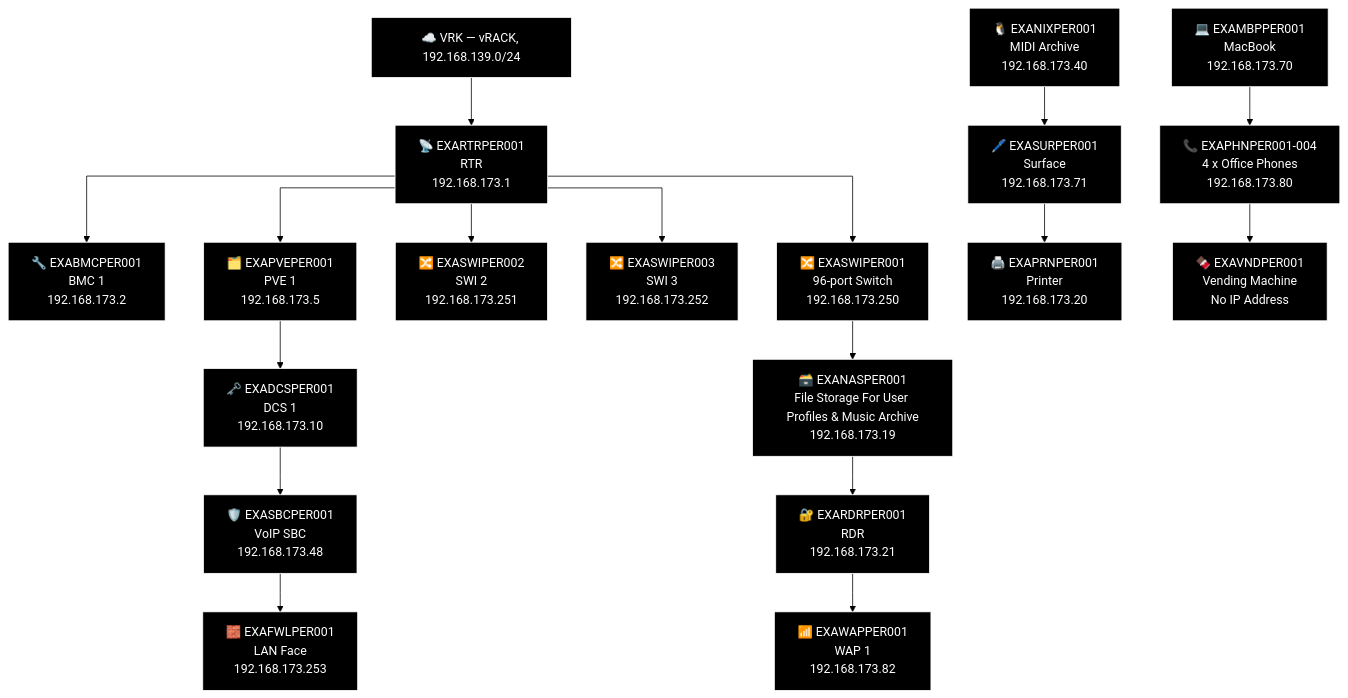
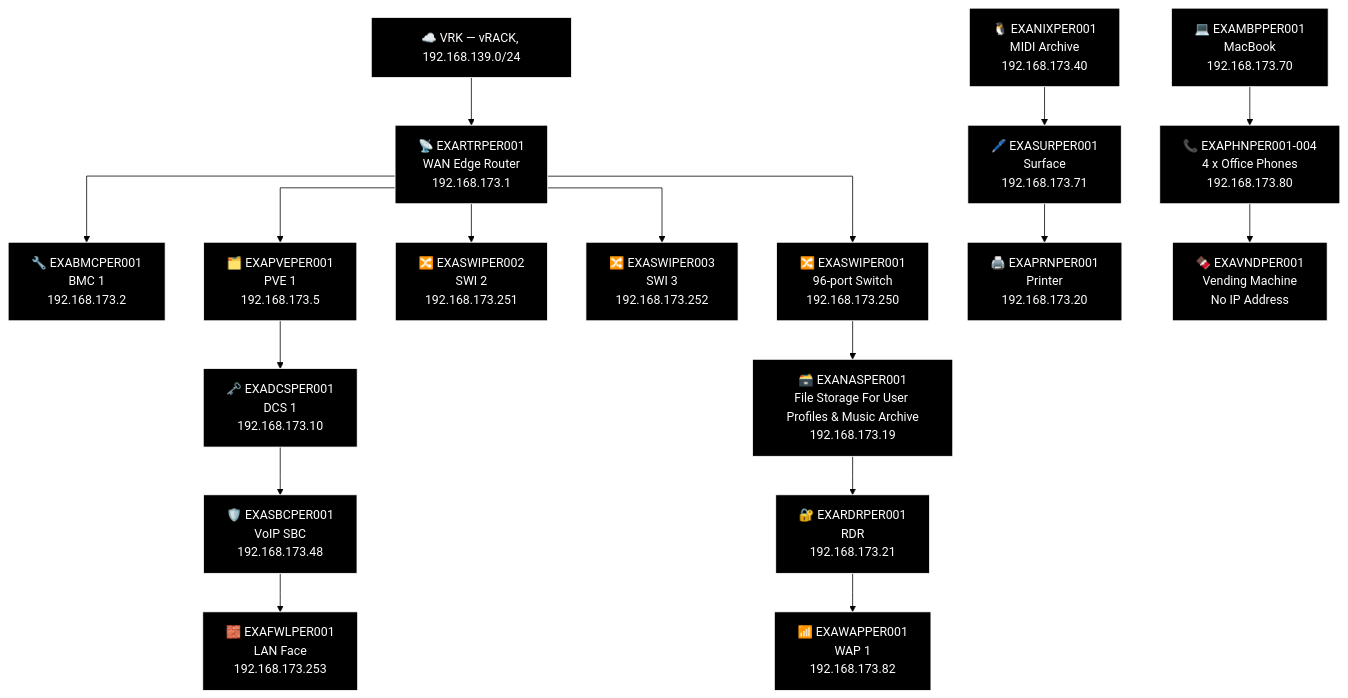
Before and after one commit to knightmare2600/example_music_infra: diagram 18 of 21 in docs/network-diagram/scotland.md, drawn with Mermaid (forest theme). The commit also changed other lines of this file and 17 other files, not shown here.

````diff
--- a/docs/network-diagram/scotland.md
+++ b/docs/network-diagram/scotland.md
@@ -1014,54 +1014,54 @@
 ```mermaid
 %% GENERATED:TOPOLOGY:PER:START
 %%{init: {'flowchart': {'curve': 'stepAfter'}}}%%
 graph TD
     T_VRK["☁️ VRK — vRACK, 192.168.139.0/24"]
-    T_RTR["📡 EXARTRPER001<br/>RTR<br/>192.168.173.1"]
+    T_RTR["📡 EXARTRPER001<br/>WAN Edge Router<br/>192.168.173.1"]
     T_VRK --> T_RTR
     T_BMC["🔧 EXABMCPER001<br/>BMC 1<br/>192.168.173.2"]
     T_RTR --> T_BMC
     T_PVE["🗂️ EXAPVEPER001<br/>PVE 1<br/>192.168.173.5"]
     T_RTR --> T_PVE
     T_SWI["🔀 EXASWIPER002<br/>SWI 2<br/>192.168.173.251"]
     T_RTR --> T_SWI
     T_SWI2["🔀 EXASWIPER003<br/>SWI 3<br/>192.168.173.252"]
     T_RTR --> T_SWI2
     T_SWI3["🔀 EXASWIPER001<br/>96-port Switch<br/>192.168.173.250"]
     T_RTR --> T_SWI3
     T_NAS["🗃️ EXANASPER001<br/>File Storage For User Profiles & Music Archive<br/>192.168.173.19"]
     T_RDR["🔐 EXARDRPER001<br/>RDR<br/>192.168.173.21"]
     T_WAP["📶 EXAWAPPER001<br/>WAP 1<br/>192.168.173.82"]
     T_SWI3 --> T_NAS --> T_RDR --> T_WAP
     T_DCS["🗝️ EXADCSPER001<br/>DCS 1<br/>192.168.173.10"]
     T_SBC["🛡️ EXASBCPER001<br/>VoIP SBC<br/>192.168.173.48"]
     T_FWL["🧱 EXAFWLPER001<br/>LAN Face<br/>192.168.173.253"]
     T_PVE --> T_DCS --> T_SBC --> T_FWL
     T_NIX["🐧 EXANIXPER001<br/>MIDI Archive<br/>192.168.173.40"]
     T_MBP["💻 EXAMBPPER001<br/>MacBook<br/>192.168.173.70"]
     T_SUR["🖊️ EXASURPER001<br/>Surface<br/>192.168.173.71"]
     T_OTH_PHN["📞 EXAPHNPER001-004<br/>4 x Office Phones<br/>192.168.173.80"]
     T_PRN["🖨️ EXAPRNPER001<br/>Printer<br/>192.168.173.20"]
     T_VND["🍫 EXAVNDPER001<br/>Vending Machine<br/>No IP Address"]
     T_NIX --> T_SUR --> T_PRN
     T_MBP --> T_OTH_PHN --> T_VND
     style T_VRK fill:#000000,stroke:#FFFFFF,color:#FFFFFF
     style T_RTR fill:#000000,stroke:#FFFFFF,color:#FFFFFF
     style T_BMC fill:#000000,stroke:#FFFFFF,color:#FFFFFF
     style T_PVE fill:#000000,stroke:#FFFFFF,color:#FFFFFF
     style T_SWI fill:#000000,stroke:#FFFFFF,color:#FFFFFF
     style T_SWI2 fill:#000000,stroke:#FFFFFF,color:#FFFFFF
     style T_SWI3 fill:#000000,stroke:#FFFFFF,color:#FFFFFF
     style T_NAS fill:#000000,stroke:#FFFFFF,color:#FFFFFF
     style T_RDR fill:#000000,stroke:#FFFFFF,color:#FFFFFF
     style T_WAP fill:#000000,stroke:#FFFFFF,color:#FFFFFF
     style T_DCS fill:#000000,stroke:#FFFFFF,color:#FFFFFF
     style T_SBC fill:#000000,stroke:#FFFFFF,color:#FFFFFF
     style T_FWL fill:#000000,stroke:#FFFFFF,color:#FFFFFF
     style T_NIX fill:#000000,stroke:#FFFFFF,color:#FFFFFF
     style T_MBP fill:#000000,stroke:#FFFFFF,color:#FFFFFF
     style T_SUR fill:#000000,stroke:#FFFFFF,color:#FFFFFF
     style T_OTH_PHN fill:#000000,stroke:#FFFFFF,color:#FFFFFF
     style T_PRN fill:#000000,stroke:#FFFFFF,color:#FFFFFF
     style T_VND fill:#000000,stroke:#FFFFFF,color:#FFFFFF
 %% GENERATED:TOPOLOGY:PER:END
 ```
````
